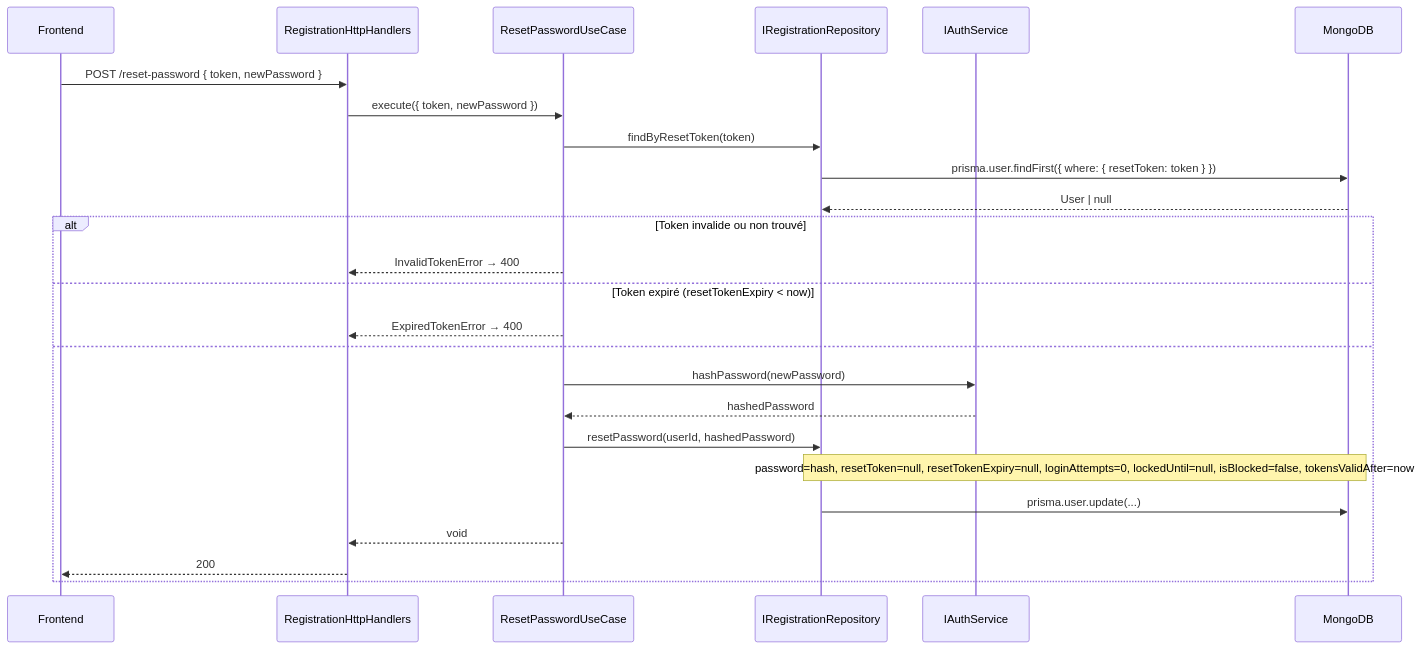
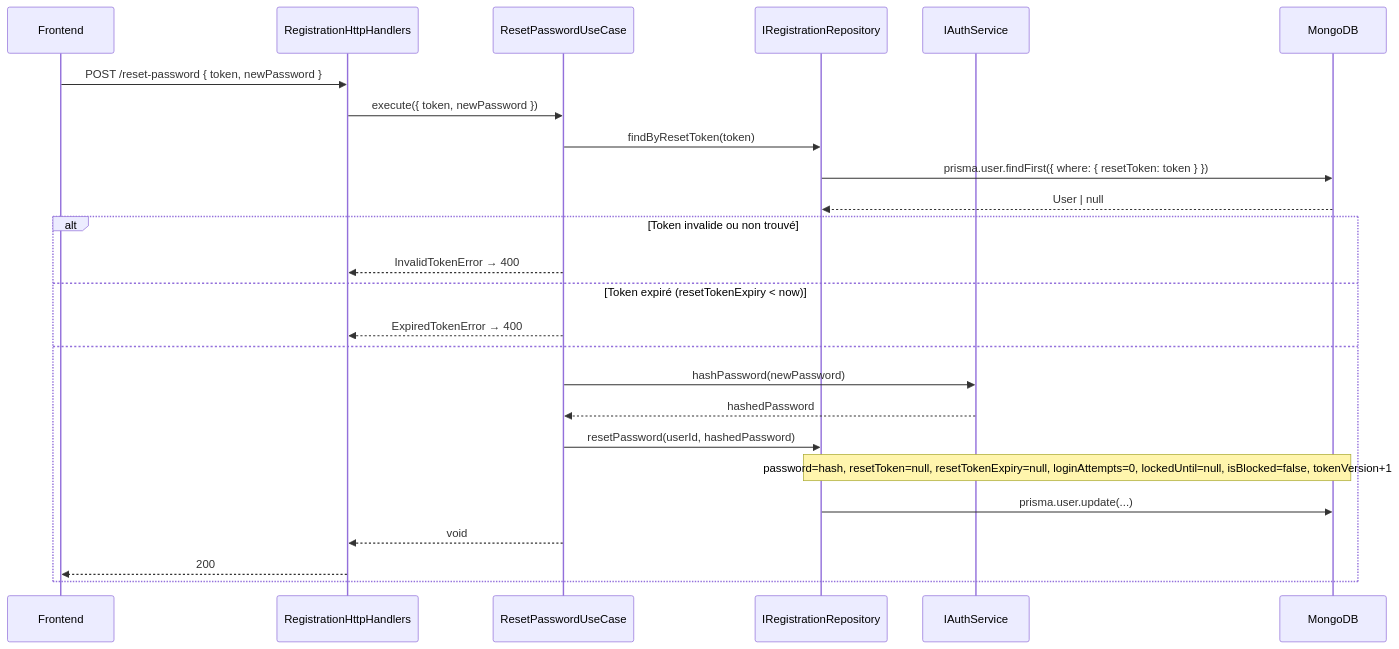
Before and after one commit to ptitdam2001/fullstack-application: the sixth of 9 diagrams in specifications/10-inscription-et-authentification.md, drawn with Mermaid. The commit also changed other lines of this file and 2 other files, not shown here.

First line of the commit message:
docs(spec): revoke sessions with a token version instead of a date

````diff
--- a/specifications/10-inscription-et-authentification.md
+++ b/specifications/10-inscription-et-authentification.md
@@ -409,28 +409,28 @@
 ```mermaid
 sequenceDiagram
     participant FE as Frontend
     participant API as RegistrationHttpHandlers
     participant UC as ResetPasswordUseCase
     participant RegRepo as IRegistrationRepository
     participant AuthSvc as IAuthService
     participant DB as MongoDB
 
     FE->>API: POST /reset-password { token, newPassword }
     API->>UC: execute({ token, newPassword })
     UC->>RegRepo: findByResetToken(token)
     RegRepo->>DB: prisma.user.findFirst({ where: { resetToken: token } })
     DB-->>RegRepo: User | null
     alt Token invalide ou non trouvé
         UC-->>API: InvalidTokenError → 400
     else Token expiré (resetTokenExpiry < now)
         UC-->>API: ExpiredTokenError → 400
     else
         UC->>AuthSvc: hashPassword(newPassword)
         AuthSvc-->>UC: hashedPassword
         UC->>RegRepo: resetPassword(userId, hashedPassword)
-        Note over RegRepo,DB: password=hash, resetToken=null, resetTokenExpiry=null, loginAttempts=0, lockedUntil=null, isBlocked=false, tokensValidAfter=now
+        Note over RegRepo,DB: password=hash, resetToken=null, resetTokenExpiry=null, loginAttempts=0, lockedUntil=null, isBlocked=false, tokenVersion+1
         RegRepo->>DB: prisma.user.update(...)
         UC-->>API: void
         API-->>FE: 200
     end
 ```
````
